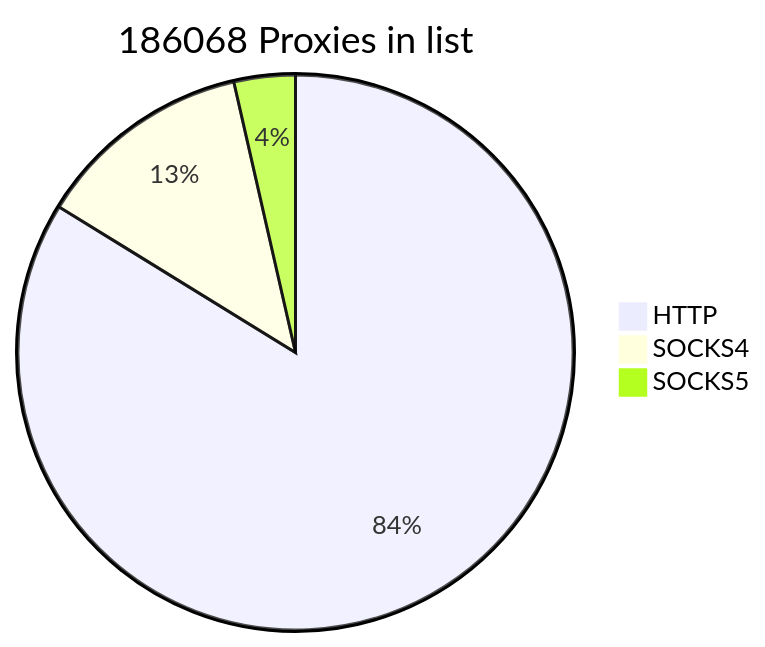
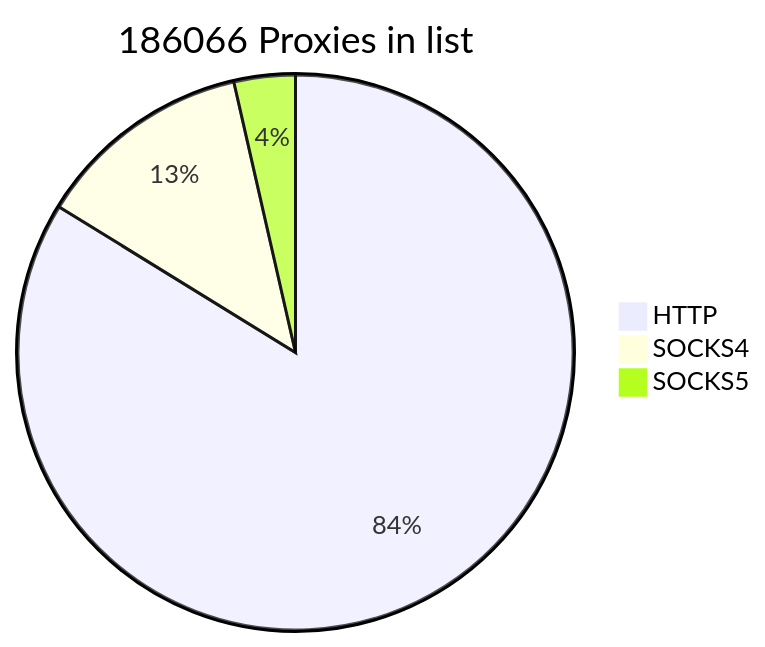
Before and after one commit to cutipu/proxylist: the first of 2 diagrams in README.md, drawn with Mermaid. The commit also changed other lines of this file, not shown here.

````diff
--- a/README.md
+++ b/README.md
@@ -2,7 +2,7 @@
 ```mermaid
-pie title 186068 Proxies in list
+pie title 186066 Proxies in list
     "HTTP" : 155902
-    "SOCKS4" : 23529
+    "SOCKS4" : 23527
     "SOCKS5" : 6637
             
 ```
````
